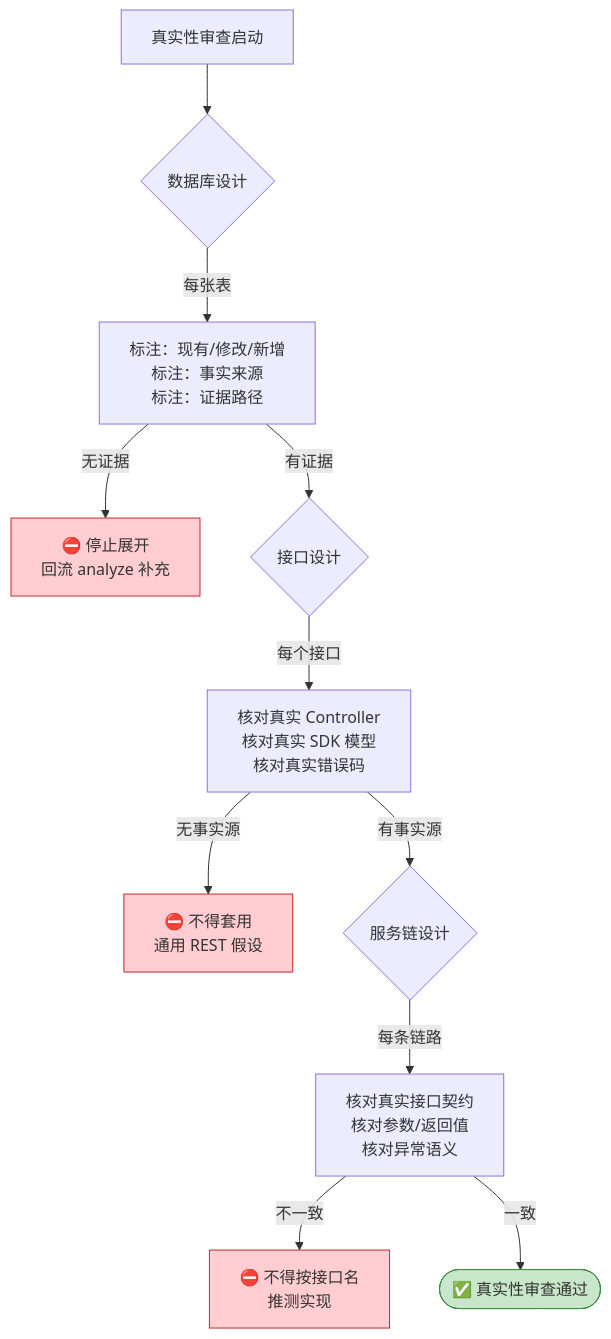
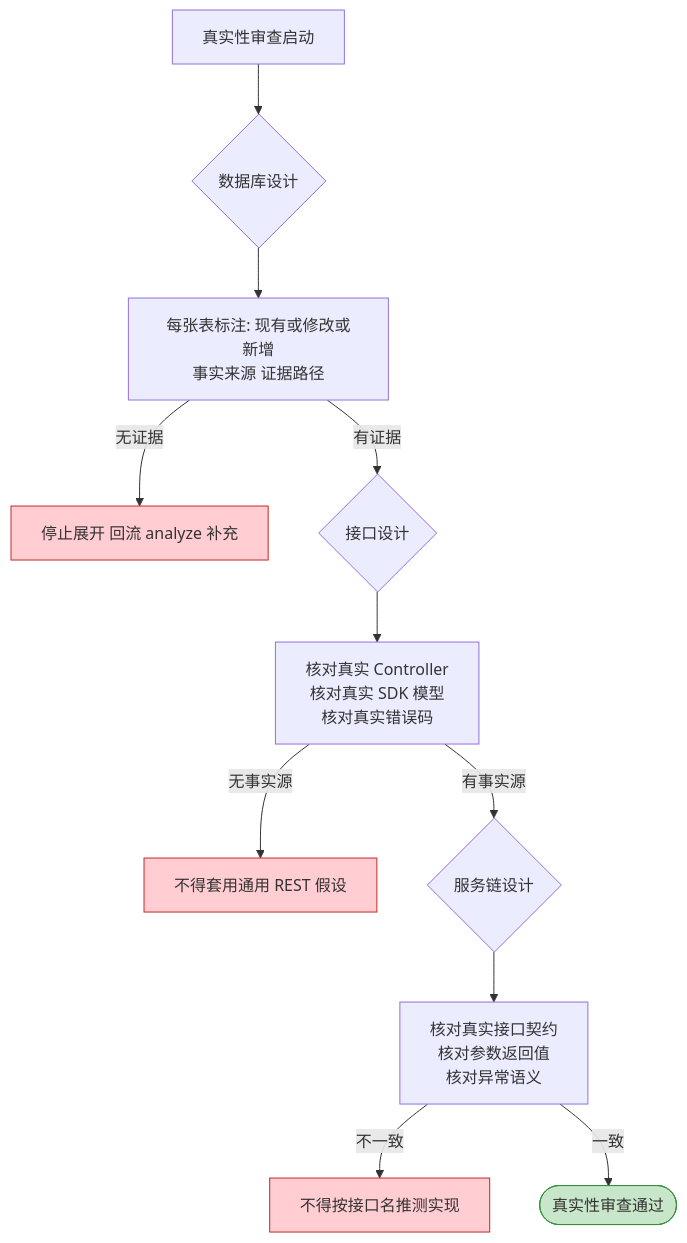
The fourth of 5 diagrams in mes-ai-dev/workspace/training/03-phase-design-flowchart.md (mes-openai/mes-ai-dev), drawn with Mermaid before and after one commit. The commit also changed other lines of this file and 12 other files, not shown here.

Commit message:
重新生成阶段流程图

````diff
--- a/mes-ai-dev/workspace/training/03-phase-design-flowchart.md
+++ b/mes-ai-dev/workspace/training/03-phase-design-flowchart.md
@@ -183,20 +177,21 @@
 ```mermaid
 flowchart TB
-    TRUTH[真实性审查启动] --> DB_CHECK{数据库设计}
-    DB_CHECK -->|每张表| DB_VERIFY[标注：现有/修改/新增<br/>标注：事实来源<br/>标注：证据路径]
-    DB_VERIFY -->|无证据| STOP_DB[⛔ 停止展开<br/>回流 analyze 补充]
-    DB_VERIFY -->|有证据| API_CHECK
+    TRUTH["真实性审查启动"] --> DB_CHECK{"数据库设计"}
 
-    API_CHECK{接口设计} -->|每个接口| API_VERIFY[核对真实 Controller<br/>核对真实 SDK 模型<br/>核对真实错误码]
-    API_VERIFY -->|无事实源| STOP_API[⛔ 不得套用<br/>通用 REST 假设]
-    API_VERIFY -->|有事实源| CHAIN_CHECK
+    DB_CHECK --> DB_VERIFY["每张表标注: 现有或修改或新增<br>事实来源 证据路径"]
+    DB_VERIFY -->|"无证据"| STOP_DB["停止展开 回流 analyze 补充"]
+    DB_VERIFY -->|"有证据"| API_CHECK
 
-    CHAIN_CHECK{服务链设计} -->|每条链路| CHAIN_VERIFY[核对真实接口契约<br/>核对参数/返回值<br/>核对异常语义]
-    CHAIN_VERIFY -->|不一致| STOP_CHAIN[⛔ 不得按接口名<br/>推测实现]
-    CHAIN_VERIFY -->|一致| PASS([✅ 真实性审查通过])
+    API_CHECK{"接口设计"} --> API_VERIFY["核对真实 Controller<br>核对真实 SDK 模型<br>核对真实错误码"]
+    API_VERIFY -->|"无事实源"| STOP_API["不得套用通用 REST 假设"]
+    API_VERIFY -->|"有事实源"| CHAIN_CHECK
+
+    CHAIN_CHECK{"服务链设计"} --> CHAIN_VERIFY["核对真实接口契约<br>核对参数返回值<br>核对异常语义"]
+    CHAIN_VERIFY -->|"不一致"| STOP_CHAIN["不得按接口名推测实现"]
+    CHAIN_VERIFY -->|"一致"| PASS(["真实性审查通过"])
 
     style STOP_DB fill:#FFCDD2,stroke:#C62828
     style STOP_API fill:#FFCDD2,stroke:#C62828
     style STOP_CHAIN fill:#FFCDD2,stroke:#C62828
     style PASS fill:#C8E6C9,stroke:#388E3C
 ```
````
